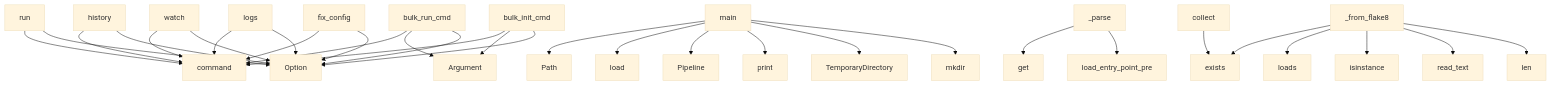
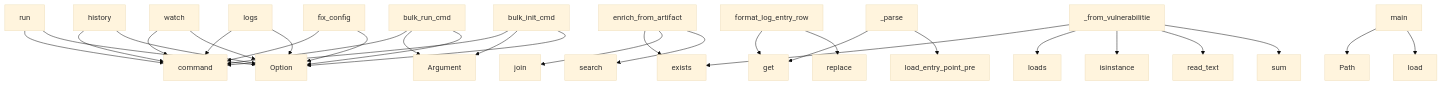
The diagram in project/context.md (semcod/pyqual), drawn with Mermaid (base theme) before and after one commit. The commit also changed other lines of this file and 112 other files, not shown here.

````diff
--- a/project/context.md
+++ b/project/context.md
@@ -516,33 +518,33 @@
 ```mermaid
 graph TD
     run --> command
     run --> Option
     history --> command
     history --> Option
     watch --> command
     watch --> Option
     bulk_run_cmd --> command
     bulk_run_cmd --> Argument
     bulk_run_cmd --> Option
     logs --> command
     logs --> Option
+    enrich_from_artifact --> exists
+    enrich_from_artifact --> join
+    enrich_from_artifact --> search
     fix_config --> command
     fix_config --> Option
+    format_log_entry_row --> get
+    format_log_entry_row --> replace
+    _parse --> get
+    _parse --> load_entry_point_pre
     bulk_init_cmd --> command
     bulk_init_cmd --> Argument
     bulk_init_cmd --> Option
+    _from_vulnerabilitie --> exists
+    _from_vulnerabilitie --> loads
+    _from_vulnerabilitie --> isinstance
+    _from_vulnerabilitie --> read_text
+    _from_vulnerabilitie --> sum
     main --> Path
     main --> load
-    main --> Pipeline
-    main --> print
-    main --> TemporaryDirectory
-    main --> mkdir
-    _parse --> get
-    _parse --> load_entry_point_pre
-    _from_flake8 --> exists
-    _from_flake8 --> loads
-    _from_flake8 --> isinstance
-    _from_flake8 --> read_text
-    _from_flake8 --> len
-    collect --> exists
 ```
````
